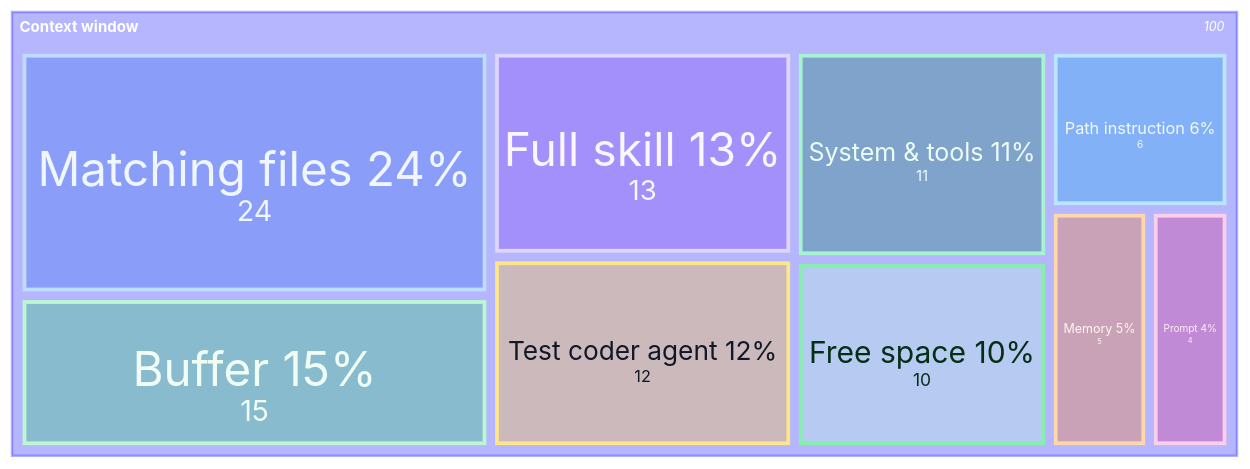
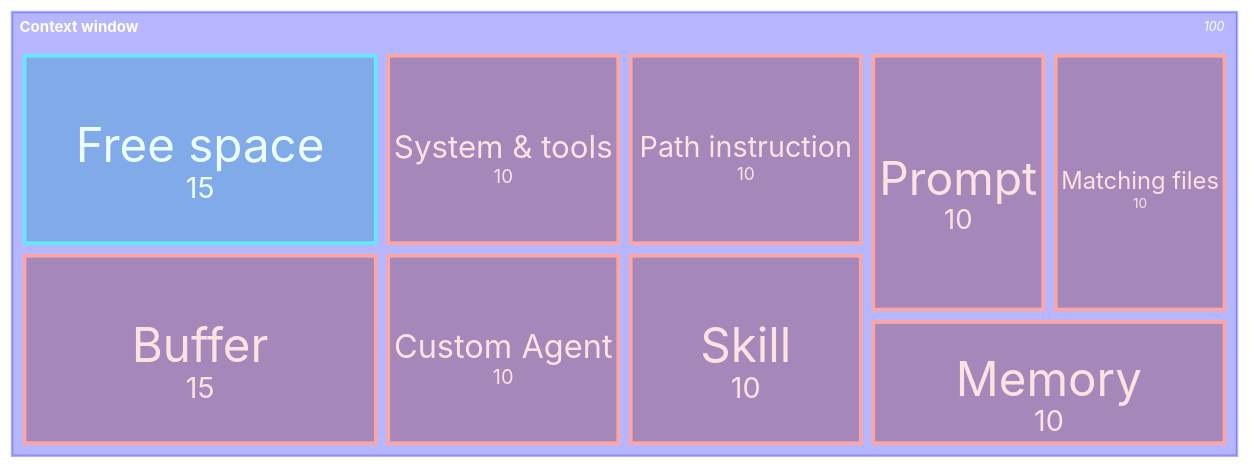
One commit to theomonfort/theomonfort changed the fourth of 5 diagrams in src/content/glossary/context-engineering.md. Above: the diagram before and after it, drawn with Mermaid. The commit also changed other lines of this file, not shown here.

````diff
--- a/src/content/glossary/context-engineering.md
+++ b/src/content/glossary/context-engineering.md
@@ -96,22 +90,15 @@
 ```mermaid
 treemap-beta
 "Context window"
-  "System & tools 11%": 11:::system
-  "Test coder agent 12%": 12:::agent
-  "Path instruction 6%": 6:::path
-  "Full skill 13%": 13:::skill
-  "Prompt 4%": 4:::prompt
-  "Matching files 24%": 24:::files
-  "Memory 5%": 5:::memory
-  "Free space 10%": 10:::free
-  "Buffer 15%": 15:::buffer
-classDef system fill:#047857,stroke:#a7f3d0,color:#ecfdf5
-classDef agent fill:#fbbf24,stroke:#fde68a,color:#111827
-classDef path fill:#0ea5e9,stroke:#bae6fd,color:#f0f9ff
-classDef skill fill:#7c3aed,stroke:#ddd6fe,color:#faf5ff
-classDef prompt fill:#db2777,stroke:#fbcfe8,color:#fff1f2
-classDef files fill:#2563eb,stroke:#bfdbfe,color:#eff6ff
-classDef memory fill:#f97316,stroke:#fed7aa,color:#fff7ed
-classDef free fill:#bbf7d0,stroke:#86efac,color:#052e16
-classDef buffer fill:#22c55e,stroke:#bbf7d0,color:#f0fdf4
+  "System & tools": 10:::used
+  "Custom Agent": 10:::used
+  "Path instruction": 10:::used
+  "Skill": 10:::used
+  "Prompt": 10:::used
+  "Matching files": 10:::used
+  "Memory": 10:::used
+  "Free space": 15:::free
+  "Buffer": 15:::used
+classDef used fill:#7f1d1d,stroke:#fca5a5,color:#fee2e2
+classDef free fill:#0891b2,stroke:#67e8f9,color:#ecfeff
 ```
````
